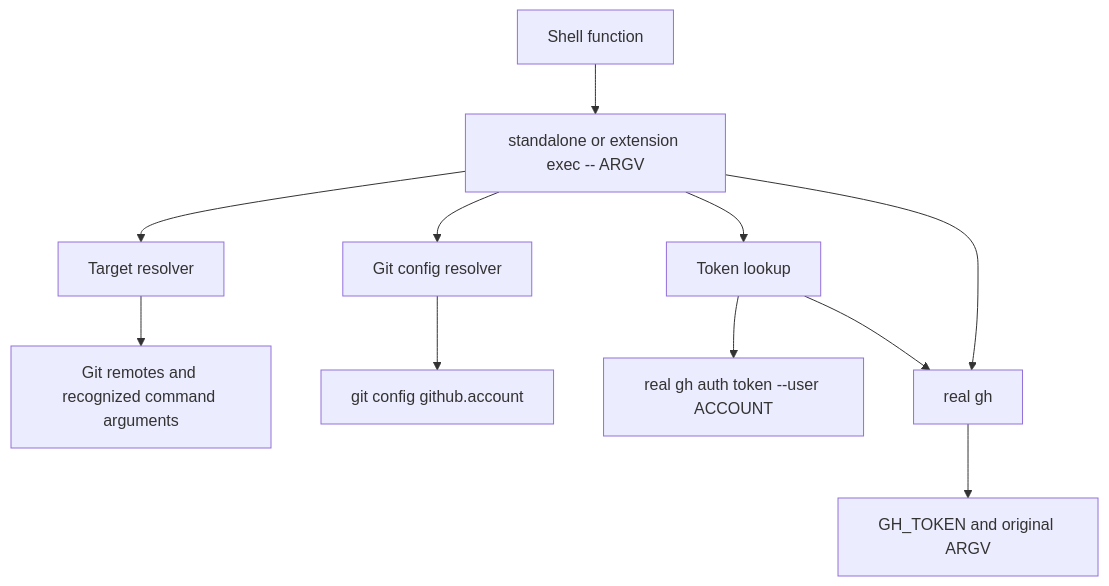
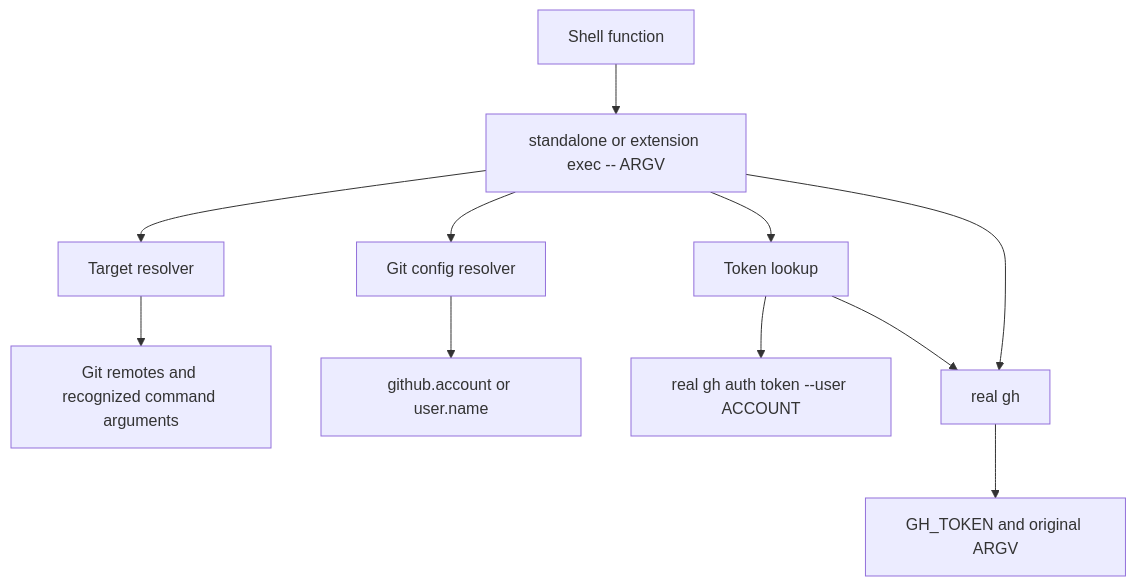
The diagram in docs/en/architecture.md (beomjungil/gh-auto-switcher), drawn with Mermaid before and after one commit. The commit also changed other lines of this file and 12 other files, not shown here.

Commit message:
fix: use Git user.name as authenticated account fallback

````diff
--- a/docs/en/architecture.md
+++ b/docs/en/architecture.md
@@ -21,13 +21,13 @@
 ```mermaid
 flowchart TD
     shell["Shell function"] --> launcher["standalone or extension exec -- ARGV"]
     launcher --> target["Target resolver"]
     target --> signals["Git remotes and recognized command arguments"]
     launcher --> config["Git config resolver"]
-    config --> account["git config github.account"]
+    config --> account["github.account or user.name"]
     launcher --> lookup["Token lookup"]
     lookup --> auth["real gh auth token --user ACCOUNT"]
     launcher --> realgh["real gh"]
     lookup --> realgh
     realgh --> env["GH_TOKEN and original ARGV"]
 ```
````
